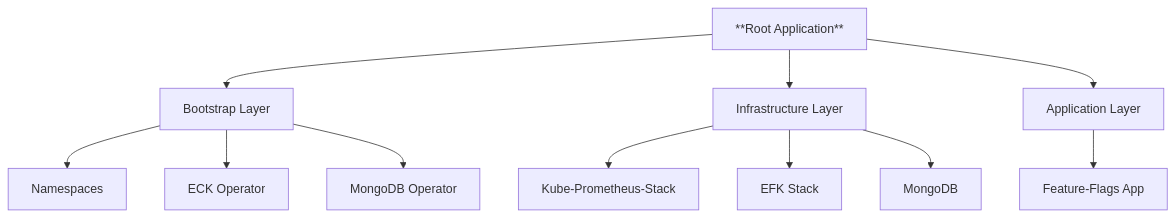
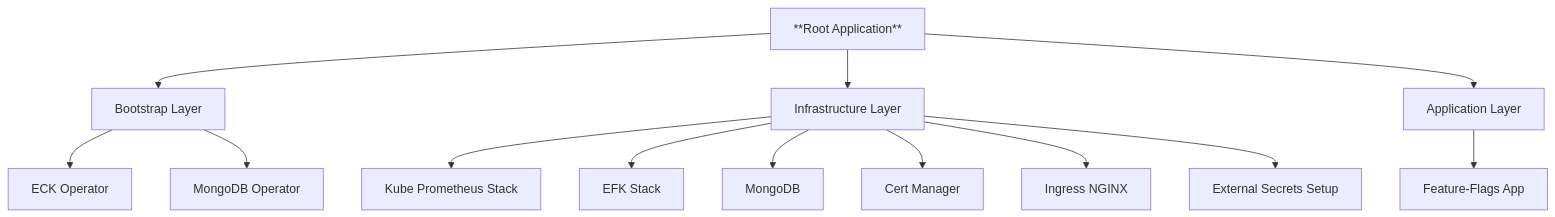
The diagram in README.md (shaarron/feature-flags-resources), drawn with Mermaid before and after one commit. The commit also changed other lines of this file and 38 other files, not shown here.

First line of the commit message:
Refactor - cert-manager, external secrets, dynamic values, dashboard for grafana and kibana

````diff
--- a/README.md
+++ b/README.md
@@ -23,14 +24,17 @@
 ```mermaid
 graph TD
   A[**Root Application**] --> B[Bootstrap Layer]
-  B --> B1[Namespaces]
   B --> B2[ECK Operator]
   B --> B3[MongoDB Operator]
 
   A --> C[Infrastructure Layer]
-  C --> C1[Kube-Prometheus-Stack]
+  C --> C1[Kube Prometheus Stack]
   C --> C2[EFK Stack]
   C --> C3[MongoDB]
+  C --> C4[Cert Manager]
+  C --> C5[Ingress NGINX]
+  C --> C6[External Secrets Setup]
+
   A --> D[Application Layer]
   D --> D1[Feature-Flags App]
 ```
````
